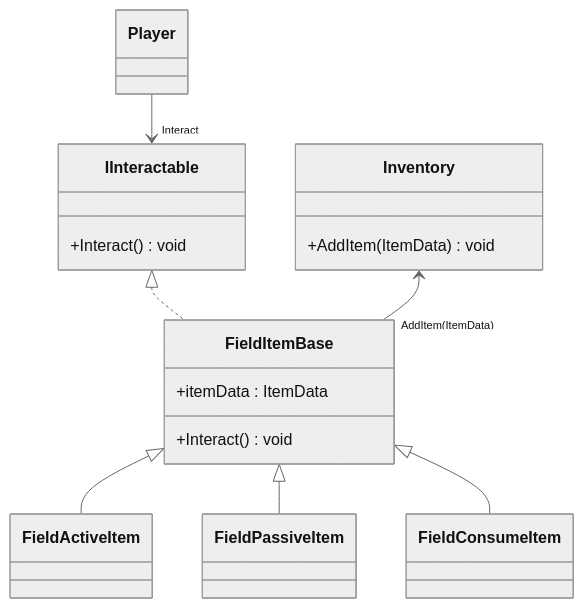
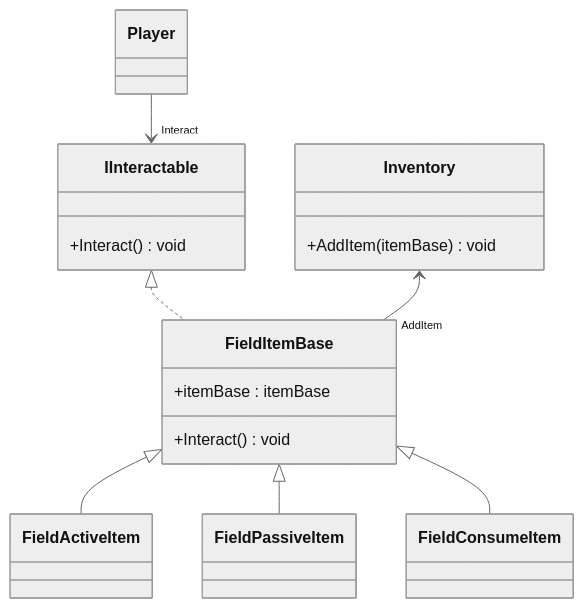
The third of 3 diagrams in Assets/Scripts/Prototype/Inventory/InventorySpec.md (JIN5EOK/DungeonShooter), drawn with Mermaid (neutral theme) before and after one commit. The commit also changed other lines of this file, not shown here.

````diff
--- a/Assets/Scripts/Prototype/Inventory/InventorySpec.md
+++ b/Assets/Scripts/Prototype/Inventory/InventorySpec.md
@@ -88,22 +97,22 @@
 ```mermaid
 classDiagram
     Player --> "Interact" IInteractable
     IInteractable <|.. FieldItemBase
-    Inventory <-- "AddItem(ItemData)" FieldItemBase
+    Inventory <-- "AddItem" FieldItemBase
 
     FieldItemBase <|-- FieldActiveItem
     FieldItemBase <|-- FieldPassiveItem
     FieldItemBase <|-- FieldConsumeItem
     class Inventory{
-        +AddItem(ItemData) void
+        +AddItem(itemBase) void
     }
 
     class IInteractable{
         +Interact() void
     }
 
     class FieldItemBase{
-        +itemData : ItemData
+        +itemBase : itemBase
         +Interact() void
     }
 ```
````
